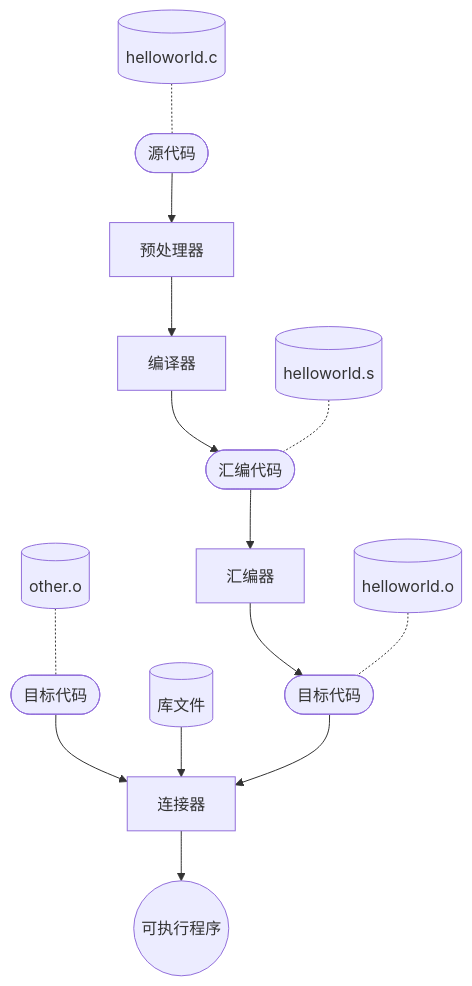
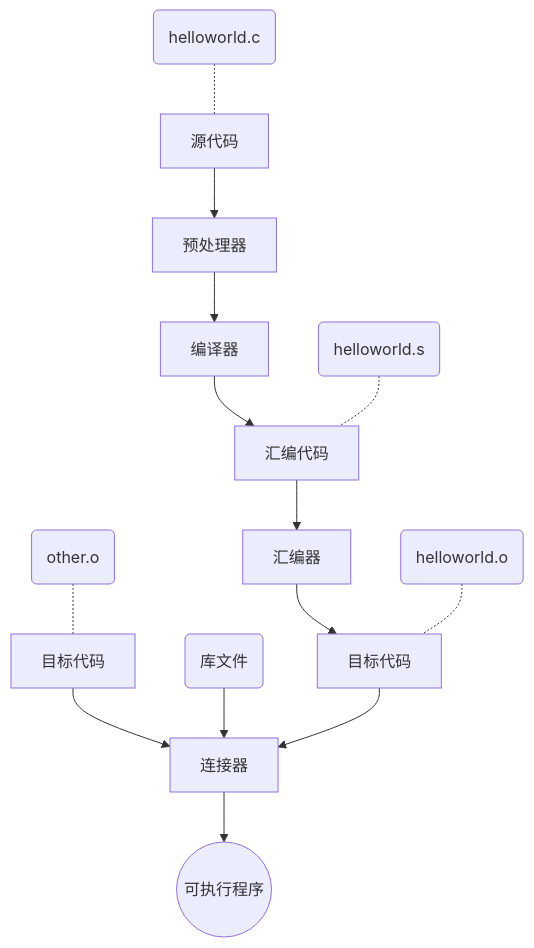
One commit to wwt-13/Notes changed the diagram in AcWing/Linux基础课/Linux基础课-1.1 常用文件管理命令.md. Above: the diagram before and after it, drawn with Mermaid. The commit also changed other lines of this file and 30 other files, not shown here.

````diff
--- a/AcWing/Linux基础课/Linux基础课-1.1 常用文件管理命令.md
+++ b/AcWing/Linux基础课/Linux基础课-1.1 常用文件管理命令.md
@@ -240,11 +240,15 @@
 ```mermaid
-flowchart TB
-a[(helloworld.c)]-.-A([源代码])
-A-->预处理器-->编译器-->B([汇编代码])
-b[(helloworld.s)]-.-B
-B-->汇编器-->C([目标代码])
-c[(helloworld.o)]-.-C
-d[(other.o)]-.-E([目标代码])-->连接器
-e[(库文件)]-->连接器
+graph TB
+a(helloworld.c)-.-A[源代码]
+A-->预处理器
+预处理器-->编译器
+编译器-->B[汇编代码]
+b(helloworld.s)-.-B
+B-->汇编器
+汇编器-->C[目标代码]
+c(helloworld.o)-.-C
+d(other.o)-.-E[目标代码]
+E[目标代码]-->连接器
+e(库文件)-->连接器
 C-->连接器-->D((可执行程序))
 ```
````
